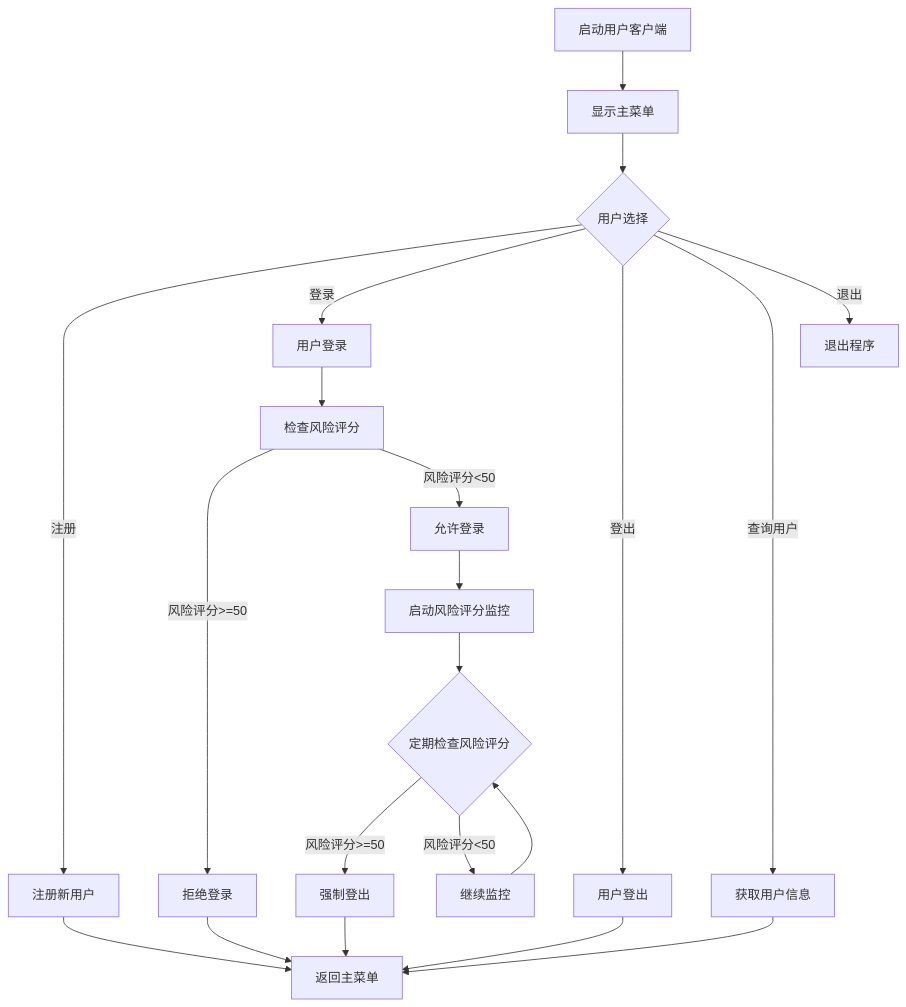
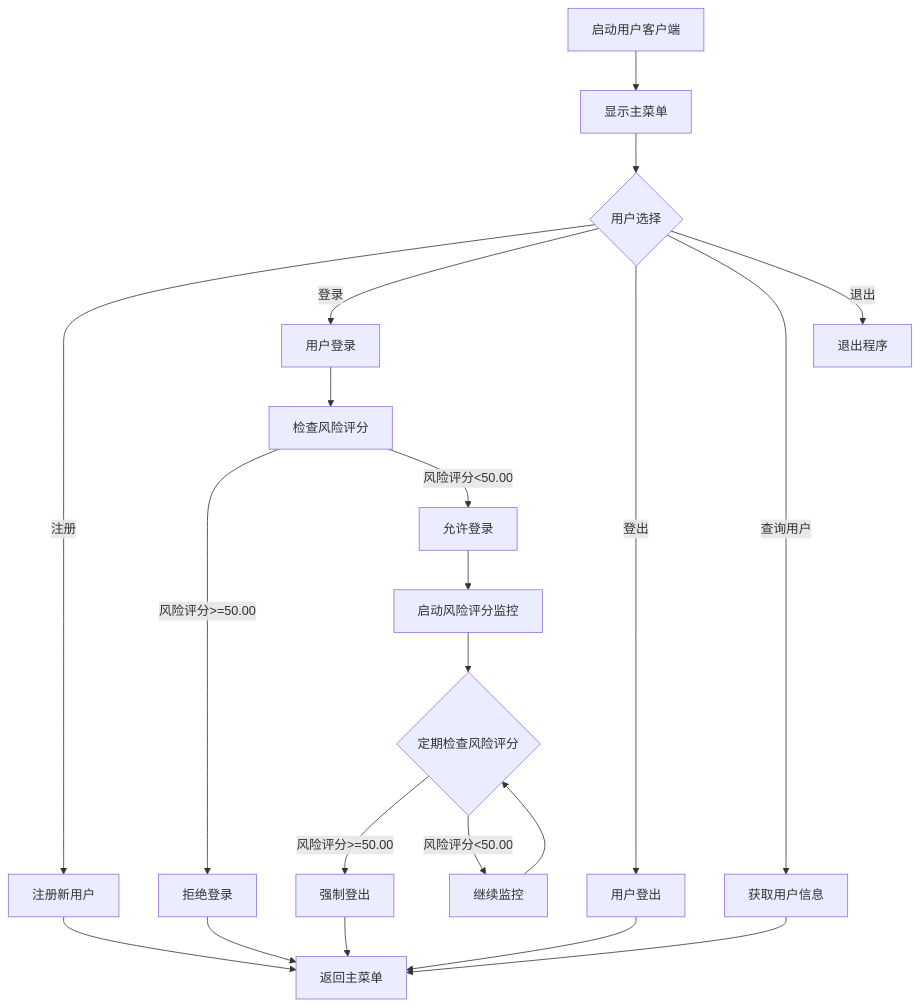
One commit to Tittifer/IEEE changed the second of 3 diagrams in README.md. Above: the diagram before and after it, drawn with Mermaid. The commit also changed other lines of this file and 71 other files, not shown here.

````diff
--- a/README.md
+++ b/README.md
@@ -125,25 +132,25 @@
 ```mermaid
 graph TD
     A[启动用户客户端] --> B[显示主菜单]
     B --> C{用户选择}
     C -->|注册| D[注册新用户]
     C -->|登录| E[用户登录]
     C -->|登出| F[用户登出]
     C -->|查询用户| G[获取用户信息]
     C -->|退出| H[退出程序]
     
     E --> I[检查风险评分]
-    I -->|风险评分>=50| J[拒绝登录]
-    I -->|风险评分<50| K[允许登录]
+    I -->|风险评分>=50.00| J[拒绝登录]
+    I -->|风险评分<50.00| K[允许登录]
     K --> L[启动风险评分监控]
     L --> M{定期检查风险评分}
-    M -->|风险评分>=50| N[强制登出]
-    M -->|风险评分<50| O[继续监控]
+    M -->|风险评分>=50.00| N[强制登出]
+    M -->|风险评分<50.00| O[继续监控]
     O --> M
     
     D --> P[返回主菜单]
     J --> P
     F --> P
     G --> P
     N --> P
 ```
````
